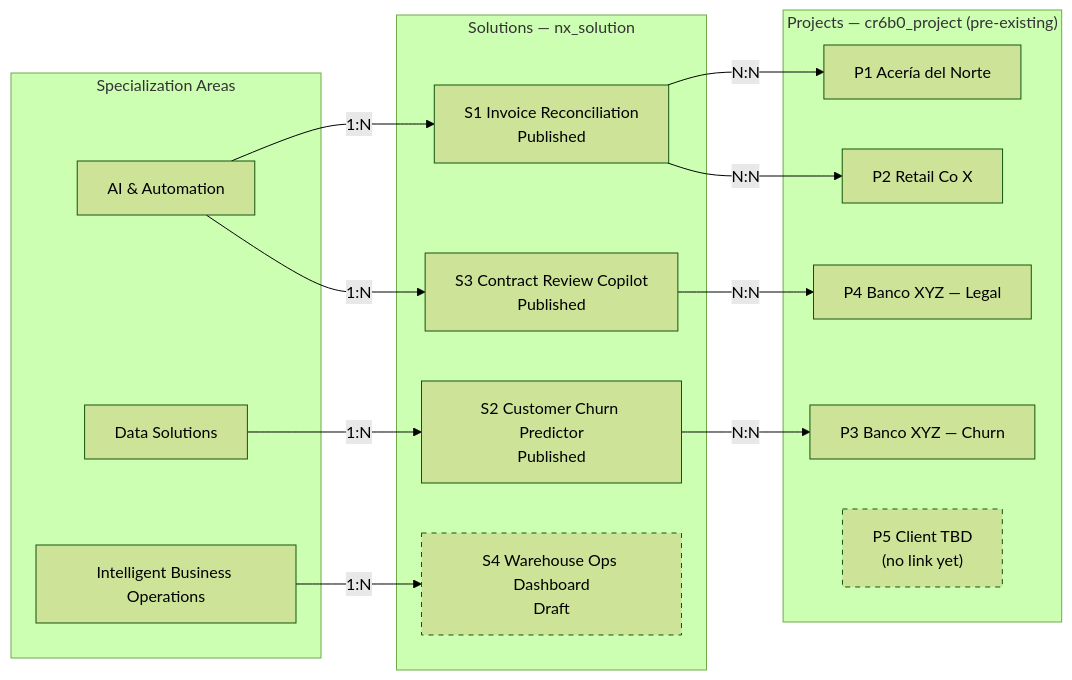
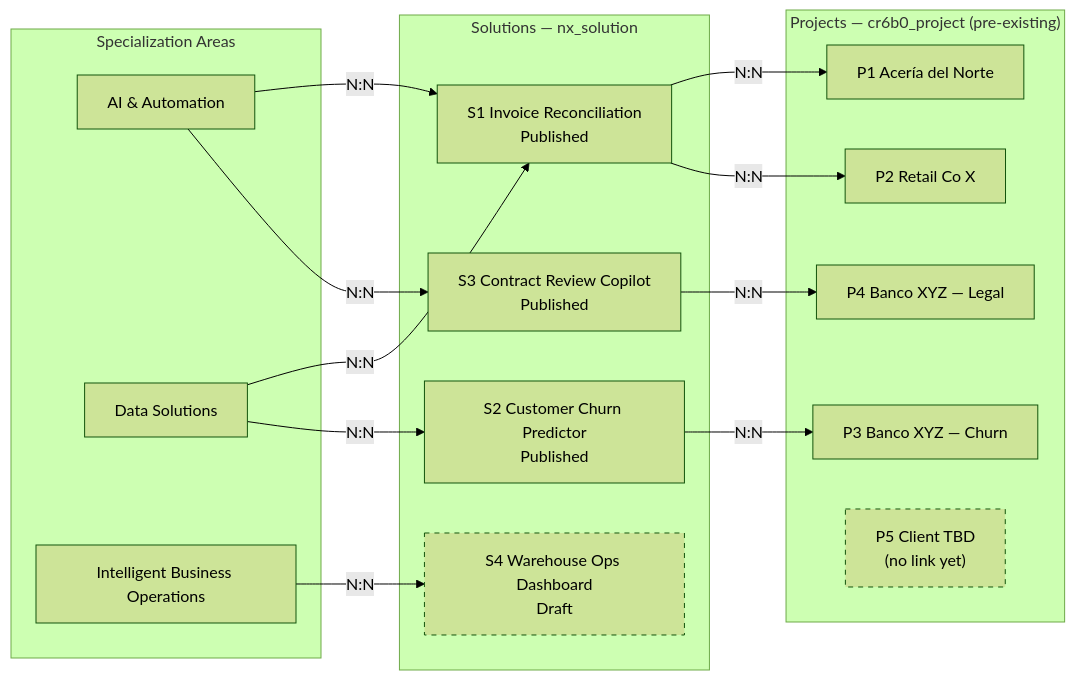
The second of 3 diagrams in docs/data_model/SchemaV2.md (lpreciado-nextant/PRISMA), drawn with Mermaid (forest theme) before and after one commit. The commit also changed other lines of this file and 3 other files, not shown here.

First line of the commit message:
docs(data-model): sync schema with 2026-09-23 Dataverse changes

````diff
--- a/docs/data_model/SchemaV2.md
+++ b/docs/data_model/SchemaV2.md
@@ -540,36 +611,37 @@
 ```mermaid
 graph LR
     subgraph SA["Specialization Areas"]
         SA1[AI & Automation]
         SA2[Data Solutions]
         SA3[Intelligent Business Operations]
     end
 
     subgraph SOL["Solutions — nx_solution"]
         S1["S1 Invoice Reconciliation<br/>Published"]
         S2["S2 Customer Churn Predictor<br/>Published"]
         S3["S3 Contract Review Copilot<br/>Published"]
         S4["S4 Warehouse Ops Dashboard<br/>Draft"]
     end
 
     subgraph PROJ["Projects — cr6b0_project (pre-existing)"]
         P1["P1 Acería del Norte"]
         P2["P2 Retail Co X"]
         P3["P3 Banco XYZ — Churn"]
         P4["P4 Banco XYZ — Legal"]
         P5["P5 Client TBD<br/>(no link yet)"]
     end
 
-    SA1 -- 1:N --> S1
-    SA1 -- 1:N --> S3
-    SA2 -- 1:N --> S2
-    SA3 -- 1:N --> S4
+    SA1 -- N:N --> S1
+    SA2 -- N:N --> S1
+    SA1 -- N:N --> S3
+    SA2 -- N:N --> S2
+    SA3 -- N:N --> S4
 
     S1 -- N:N --> P1
     S1 -- N:N --> P2
     S2 -- N:N --> P3
     S3 -- N:N --> P4
 
     style S4 stroke-dasharray: 5 5
     style P5 stroke-dasharray: 5 5
 ```
````
